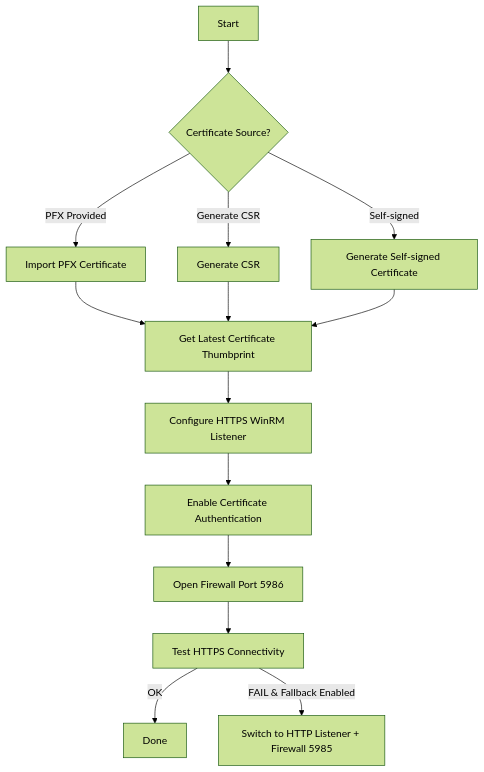
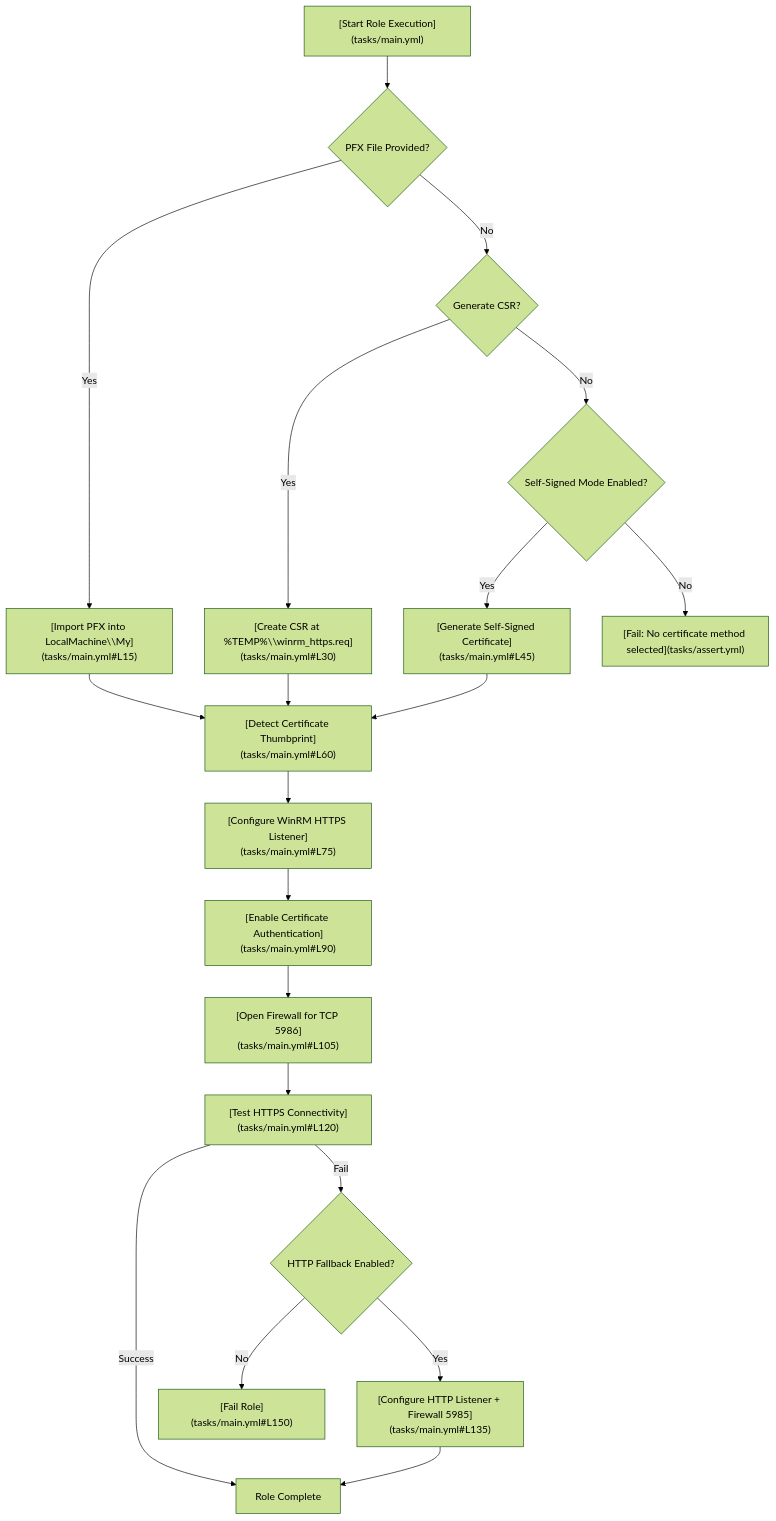
Before and after one commit to hetfs/dotfiles: the diagram in ansible/inventories/roles/winrm_cert_https/README.md, drawn with Mermaid (forest theme). The commit also changed other lines of this file, not shown here.

````diff
--- a/ansible/inventories/roles/winrm_cert_https/README.md
+++ b/ansible/inventories/roles/winrm_cert_https/README.md
@@ -152,14 +57,24 @@
 ```mermaid
-flowchart TD
-    A[Start] --> B{Certificate Source?}
-    B -->|PFX Provided| C[Import PFX Certificate]
-    B -->|Generate CSR| D[Generate CSR]
-    B -->|Self-signed| E[Generate Self-signed Certificate]
-    C & D & E --> F[Get Latest Certificate Thumbprint]
-    F --> G[Configure HTTPS WinRM Listener]
-    G --> H[Enable Certificate Authentication]
-    H --> I[Open Firewall Port 5986]
-    I --> J[Test HTTPS Connectivity]
-    J -->|OK| K[Done]
-    J -->|FAIL & Fallback Enabled| L[Switch to HTTP Listener + Firewall 5985]
+graph TD
+    A["[Start Role Execution](tasks/main.yml)"] --> B{PFX File Provided?}
+    B -- Yes --> C["[Import PFX into LocalMachine\\My](tasks/main.yml#L15)"]
+    B -- No --> D{Generate CSR?}
+    D -- Yes --> E["[Create CSR at %TEMP%\\winrm_https.req](tasks/main.yml#L30)"]
+    D -- No --> F{Self-Signed Mode Enabled?}
+    F -- Yes --> G["[Generate Self-Signed Certificate](tasks/main.yml#L45)"]
+    F -- No --> H["[Fail: No certificate method selected](tasks/assert.yml)"]
+
+    C --> I["[Detect Certificate Thumbprint](tasks/main.yml#L60)"]
+    E --> I
+    G --> I
+
+    I --> J["[Configure WinRM HTTPS Listener](tasks/main.yml#L75)"]
+    J --> K["[Enable Certificate Authentication](tasks/main.yml#L90)"]
+    K --> L["[Open Firewall for TCP 5986](tasks/main.yml#L105)"]
+    L --> M["[Test HTTPS Connectivity](tasks/main.yml#L120)"]
+    M -- Success --> N[Role Complete]
+    M -- Fail --> O{HTTP Fallback Enabled?}
+    O -- Yes --> P["[Configure HTTP Listener + Firewall 5985](tasks/main.yml#L135)"]
+    O -- No --> Q["[Fail Role](tasks/main.yml#L150)"]
+    P --> N
 ```
````
